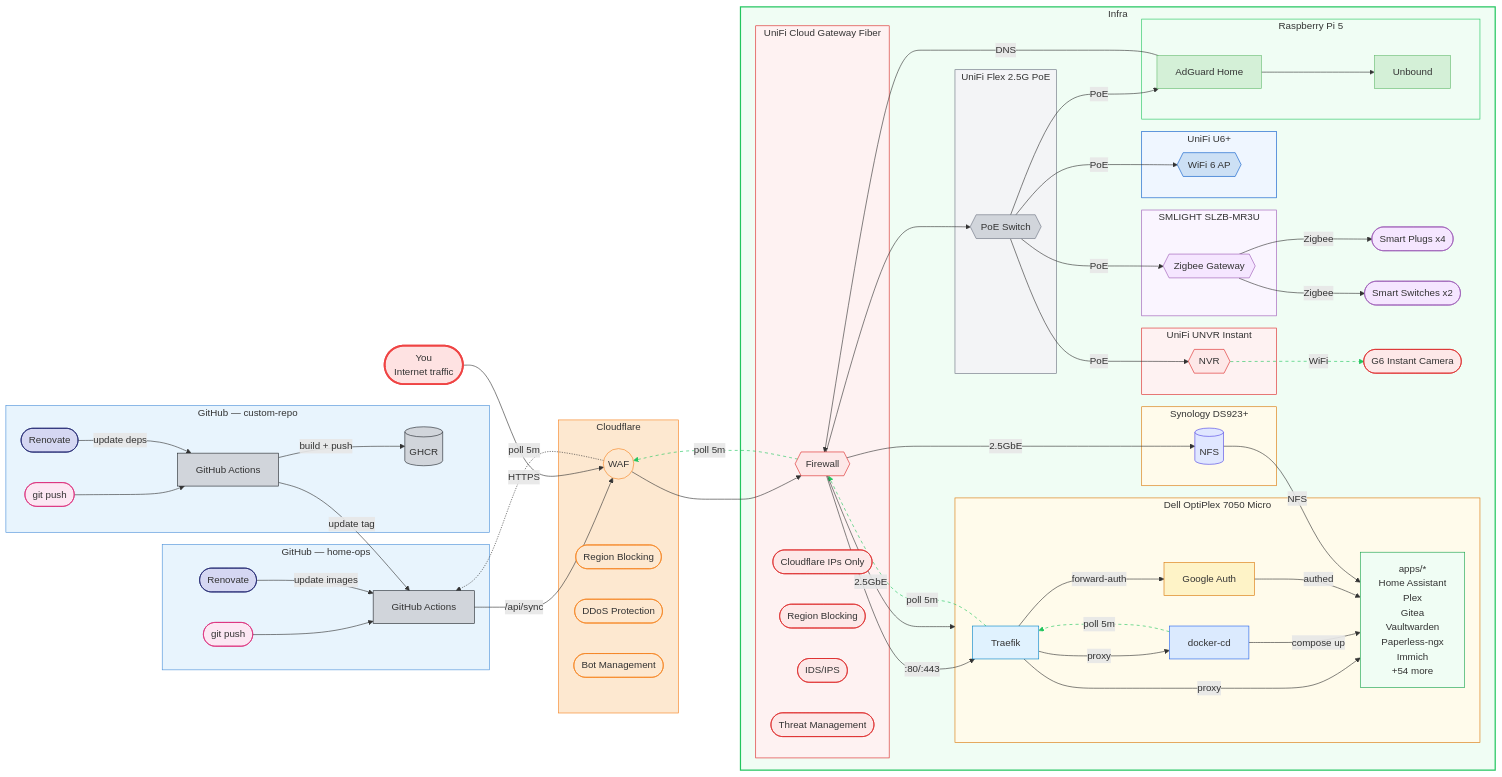
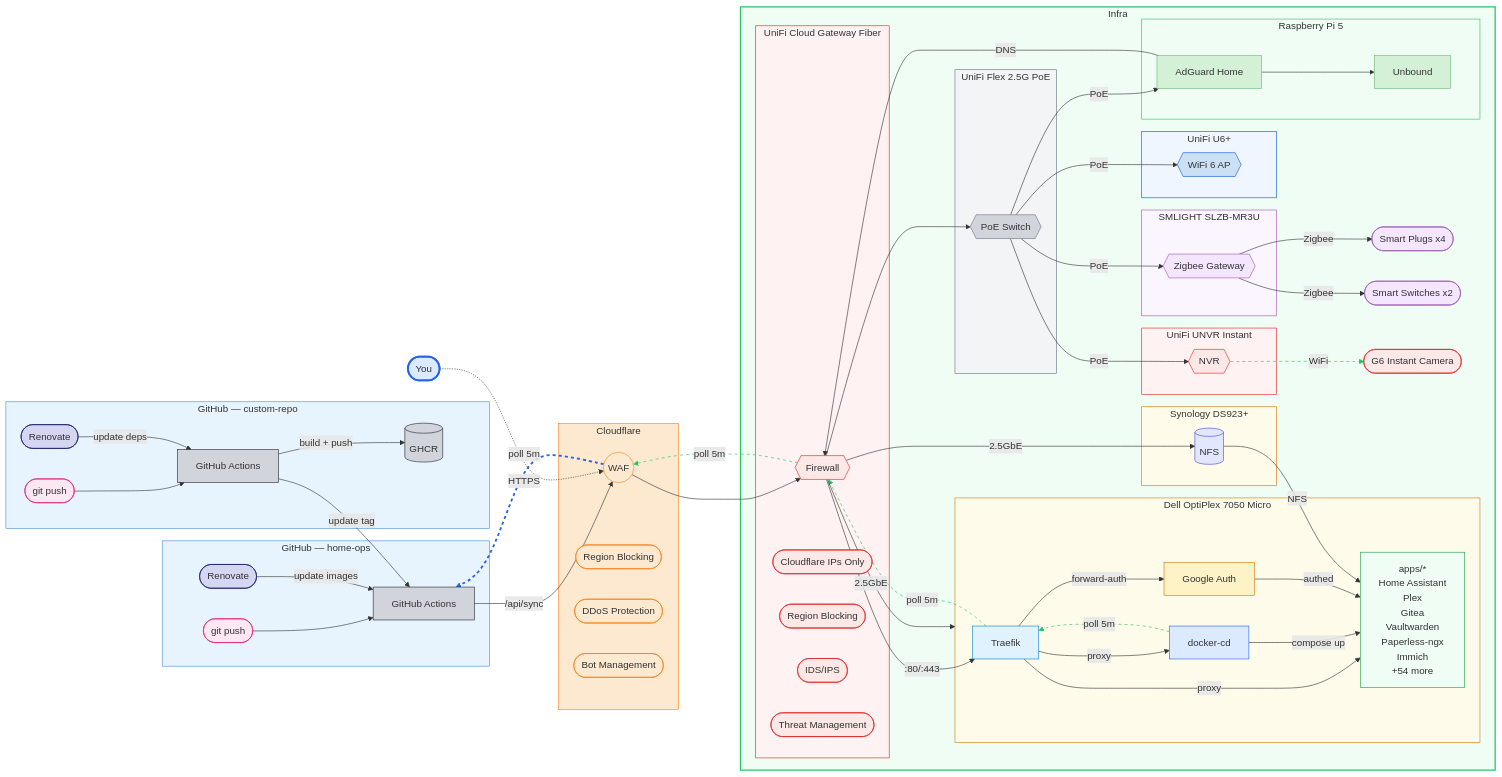
One commit to wajeht/home-ops changed the diagram in README.md. Above: the diagram before and after it, drawn with Mermaid.

Commit message:
docs: update README diagram styles and link styles

````diff
--- a/README.md
+++ b/README.md
@@ -103,8 +103,7 @@
     end
 
     docker_cd -.->|poll 5m| traefik -.->|poll 5m| unifi -.->|poll 5m| cf -.->|poll 5m| ops_ci
-    you(["You
-    Internet traffic"]) -->|HTTPS| cf
+    you([You]) -.->|HTTPS| cf
 
     style app_repo fill:#e8f4fd,stroke:#4a90d9
     style ops_repo fill:#e8f4fd,stroke:#4a90d9
@@ -114,7 +113,7 @@
     style cf_region fill:#fde8d0,stroke:#f6821f,color:#333
     style cf_ddos fill:#fde8d0,stroke:#f6821f,color:#333
     style cf_bot fill:#fde8d0,stroke:#f6821f,color:#333
-    style you fill:#fee2e2,stroke:#ef4444,stroke-width:3px,color:#333
+    style you fill:#dbeafe,stroke:#2563eb,stroke-width:3px,color:#333
     style ucg_cf fill:#fde8e8,stroke:#dc2626,color:#333
     style ucg_region fill:#fde8e8,stroke:#dc2626,color:#333
     style ucg_ids fill:#fde8e8,stroke:#dc2626,color:#333
@@ -153,4 +152,5 @@
     linkStyle 27 stroke:#22c55e,stroke-dasharray:5
     linkStyle 28 stroke:#22c55e,stroke-dasharray:5
     linkStyle 29 stroke:#22c55e,stroke-dasharray:5
+    linkStyle 30 stroke:#2563eb,stroke-width:3px,stroke-dasharray:5
 ```
````
